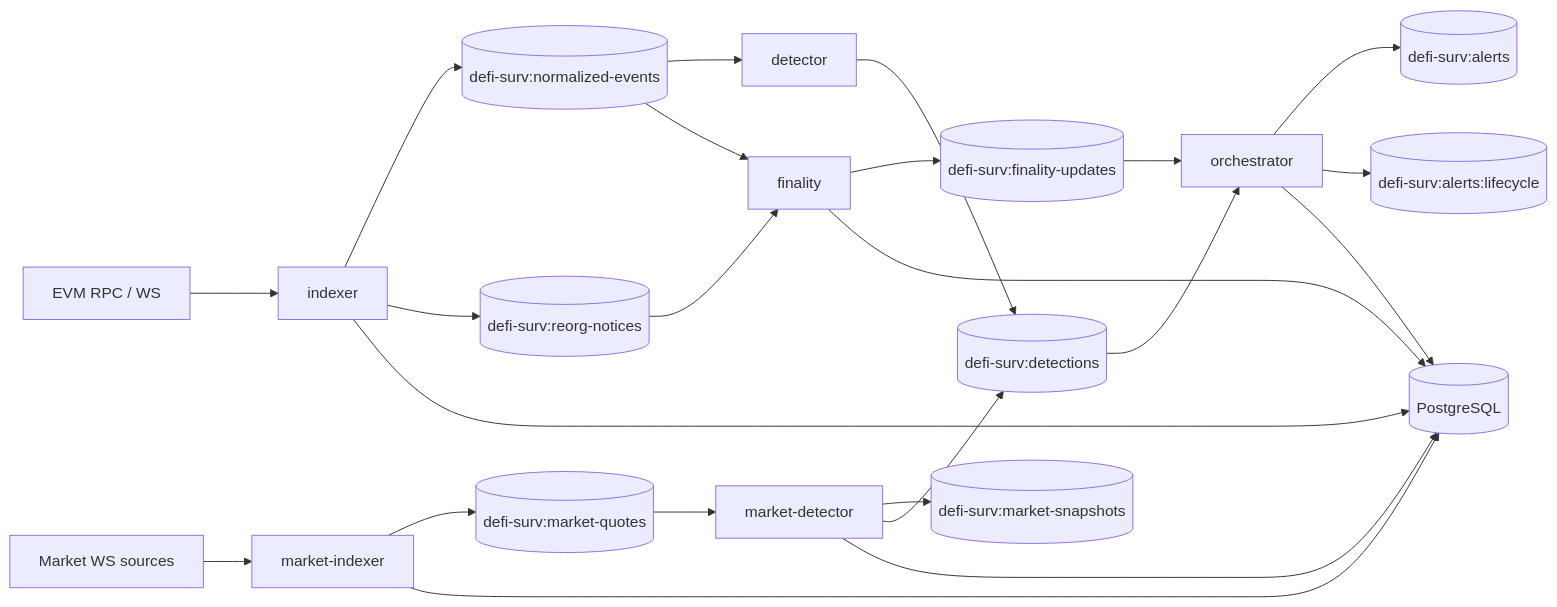
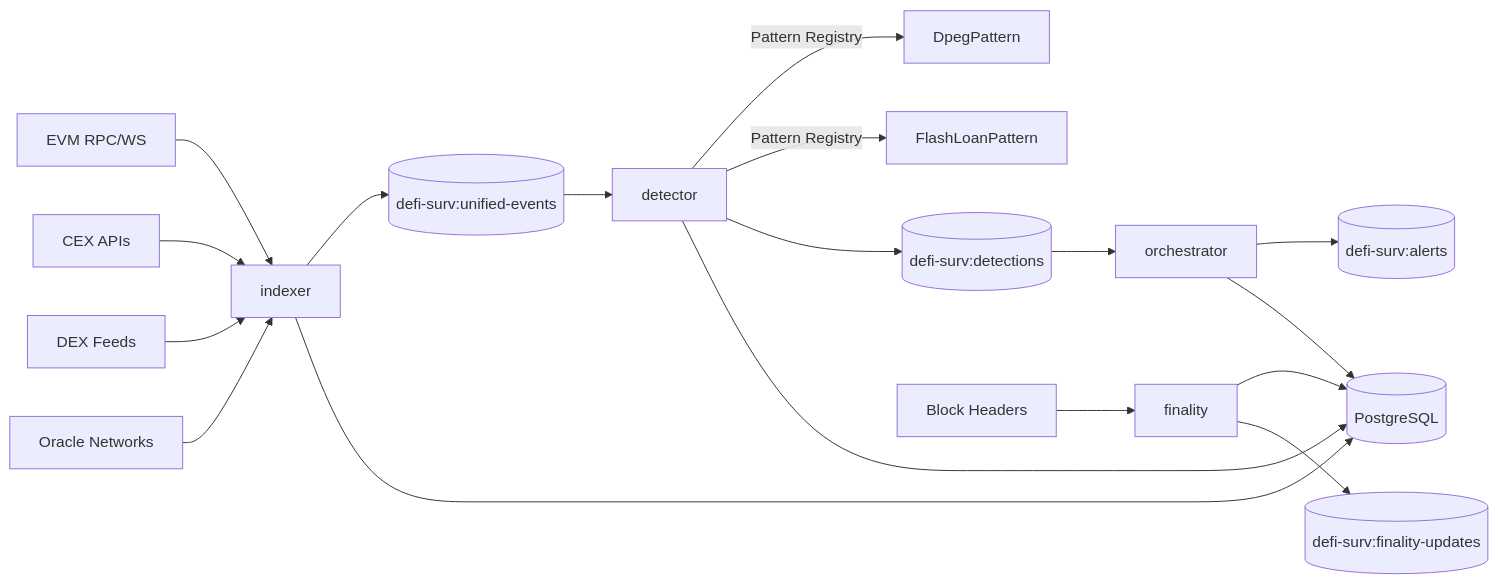
Before and after one commit to raksha-labs/raksha-core: the diagram in docs/ARCHITECTURE.md, drawn with Mermaid. The commit also changed other lines of this file and 107 other files, not shown here.

````diff
--- a/docs/ARCHITECTURE.md
+++ b/docs/ARCHITECTURE.md
@@ -21,30 +40,26 @@
 ```mermaid
 flowchart LR
-  RPC[EVM RPC / WS] --> IDX[indexer]
-  IDX --> NORM[(defi-surv:normalized-events)]
-  IDX --> REORG[(defi-surv:reorg-notices)]
-
-  NORM --> DET[detector]
+  EVM[EVM RPC/WS] --> IDX[indexer]
+  CEX[CEX APIs] --> IDX
+  DEX[DEX Feeds] --> IDX
+  ORACLE[Oracle Networks] --> IDX
+  
+  IDX --> UNIFIED[(defi-surv:unified-events)]
+  
+  UNIFIED --> DET[detector]
+  DET --> |Pattern Registry| DPEG[DpegPattern]
+  DET --> |Pattern Registry| FL[FlashLoanPattern]
+  
   DET --> DETS[(defi-surv:detections)]
-
-  NORM --> FIN[finality]
-  REORG --> FIN
-  FIN --> FUP[(defi-surv:finality-updates)]
-
+  
   DETS --> ORCH[orchestrator]
-  FUP --> ORCH
   ORCH --> ALERTS[(defi-surv:alerts)]
-  ORCH --> ALRTL[(defi-surv:alerts:lifecycle)]
-
-  MKT[Market WS sources] --> MIDX[market-indexer]
-  MIDX --> MQUOTE[(defi-surv:market-quotes)]
-  MQUOTE --> MDET[market-detector]
-  MDET --> MSNAP[(defi-surv:market-snapshots)]
-  MDET --> DETS
-
-  ORCH --> PG[(PostgreSQL)]
-  IDX --> PG
+  
+  IDX --> PG[(PostgreSQL)]
+  DET --> PG
+  ORCH --> PG
   FIN --> PG
-  MIDX --> PG
-  MDET --> PG
+  
+  HEADERS[Block Headers] --> FIN[finality]
+  FIN --> FUPDATES[(defi-surv:finality-updates)]
 ```
````
